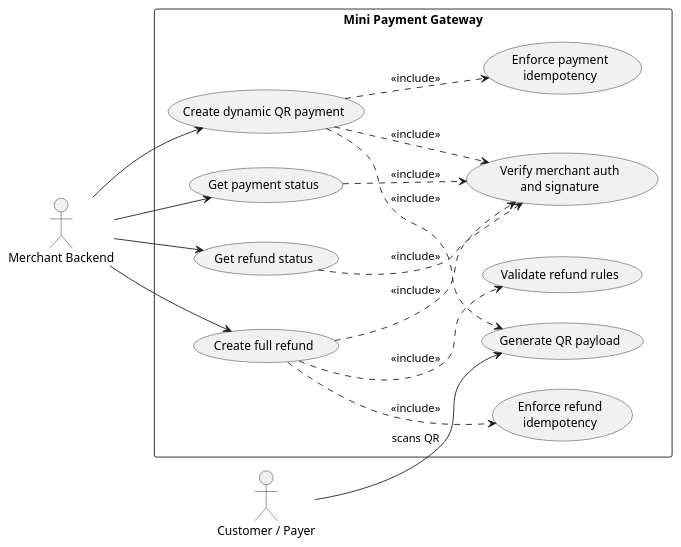
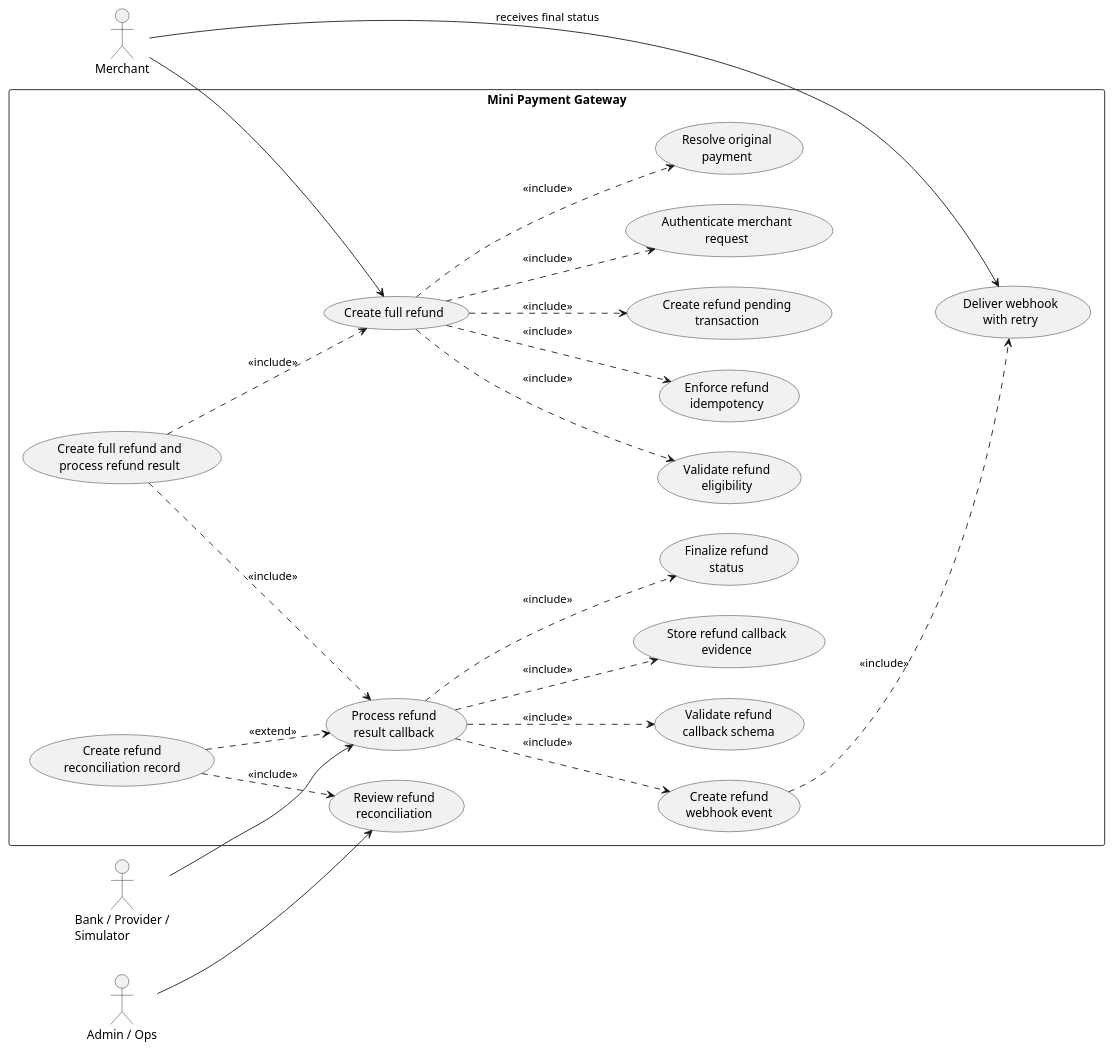
One commit to biabeogo147/mini-payment-gateway changed the fourth of 5 diagrams in docs/7_usecase_diagram.md. Above: the diagram before and after it, drawn with PlantUML. The commit also changed other lines of this file and 4 other files, not shown here.

Commit message:
update usecase diagram

````diff
--- a/docs/7_usecase_diagram.md
+++ b/docs/7_usecase_diagram.md
@@ -86,38 +466,51 @@
 ```plantuml
-@startuml merchant_payment_and_refund_api
+@startuml uc004_create_full_refund_and_process_result
 left to right direction
 skinparam packageStyle rectangle
 
-actor "Merchant Backend" as Merchant
-actor "Customer / Payer" as Payer
+actor "Merchant" as Merchant
+actor "Bank / Provider /\nSimulator" as Provider
+actor "Admin / Ops" as Admin
 
 rectangle "Mini Payment Gateway" {
-  usecase "Verify merchant auth\nand signature" as UC_Authenticate
-  usecase "Create dynamic QR payment" as UC_CreatePayment
-  usecase "Enforce payment\nidempotency" as UC_PaymentIdempotency
-  usecase "Generate QR payload" as UC_GenerateQr
-  usecase "Get payment status" as UC_QueryPayment
-
+  usecase "Create full refund and\nprocess refund result" as UC004
   usecase "Create full refund" as UC_CreateRefund
-  usecase "Validate refund rules" as UC_ValidateRefund
-  usecase "Enforce refund\nidempotency" as UC_RefundIdempotency
-  usecase "Get refund status" as UC_QueryRefund
+  usecase "Authenticate merchant\nrequest" as UC_Authenticate
+  usecase "Resolve original\npayment" as UC_ResolvePayment
+  usecase "Validate refund\neligibility" as UC_ValidateRefund
+  usecase "Enforce refund\nidempotency" as UC_Idempotency
+  usecase "Create refund pending\ntransaction" as UC_CreatePending
+  usecase "Process refund\nresult callback" as UC_ProcessCallback
+  usecase "Validate refund\ncallback schema" as UC_ValidateCallback
+  usecase "Store refund callback\nevidence" as UC_StoreEvidence
+  usecase "Finalize refund\nstatus" as UC_FinalizeRefund
+  usecase "Create refund\nwebhook event" as UC_CreateWebhook
+  usecase "Deliver webhook\nwith retry" as UC005
+  usecase "Create refund\nreconciliation record" as UC_Reconcile
+  usecase "Review refund\nreconciliation" as UC_ReviewReconciliation
 }
 
-Merchant --> UC_CreatePayment
-Merchant --> UC_QueryPayment
 Merchant --> UC_CreateRefund
-Merchant --> UC_QueryRefund
-Payer --> UC_GenerateQr : scans QR
+Provider --> UC_ProcessCallback
+Merchant --> UC005 : receives final status
+Admin --> UC_ReviewReconciliation
 
-UC_CreatePayment ..> UC_Authenticate : <<include>>
-UC_CreatePayment ..> UC_PaymentIdempotency : <<include>>
-UC_CreatePayment ..> UC_GenerateQr : <<include>>
-UC_QueryPayment ..> UC_Authenticate : <<include>>
+UC004 ..> UC_CreateRefund : <<include>>
+UC004 ..> UC_ProcessCallback : <<include>>
 
 UC_CreateRefund ..> UC_Authenticate : <<include>>
+UC_CreateRefund ..> UC_ResolvePayment : <<include>>
 UC_CreateRefund ..> UC_ValidateRefund : <<include>>
-UC_CreateRefund ..> UC_RefundIdempotency : <<include>>
-UC_QueryRefund ..> UC_Authenticate : <<include>>
+UC_CreateRefund ..> UC_Idempotency : <<include>>
+UC_CreateRefund ..> UC_CreatePending : <<include>>
+
+UC_ProcessCallback ..> UC_ValidateCallback : <<include>>
+UC_ProcessCallback ..> UC_StoreEvidence : <<include>>
+UC_ProcessCallback ..> UC_FinalizeRefund : <<include>>
+UC_ProcessCallback ..> UC_CreateWebhook : <<include>>
+UC_CreateWebhook ..> UC005 : <<include>>
+
+UC_Reconcile ..> UC_ProcessCallback : <<extend>>
+UC_Reconcile ..> UC_ReviewReconciliation : <<include>>
 @enduml
 ```
````
